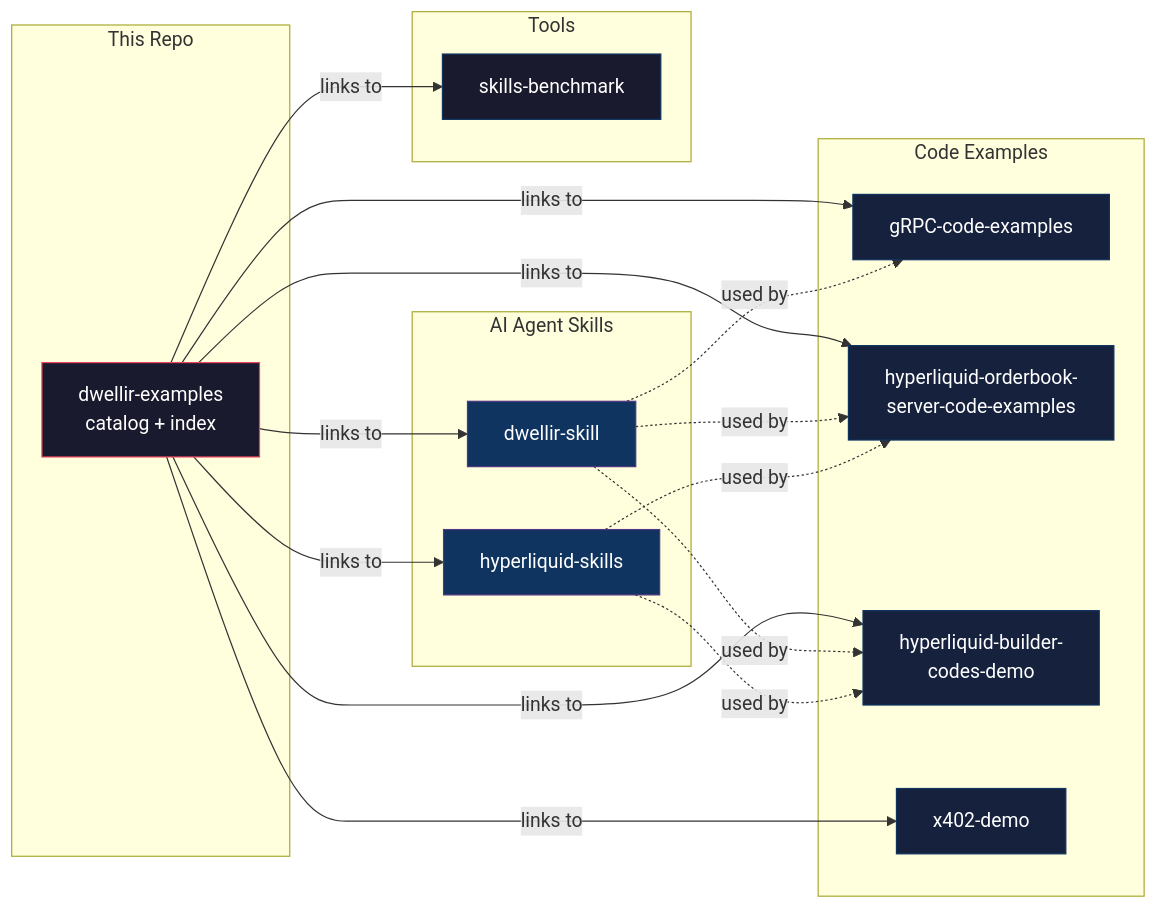
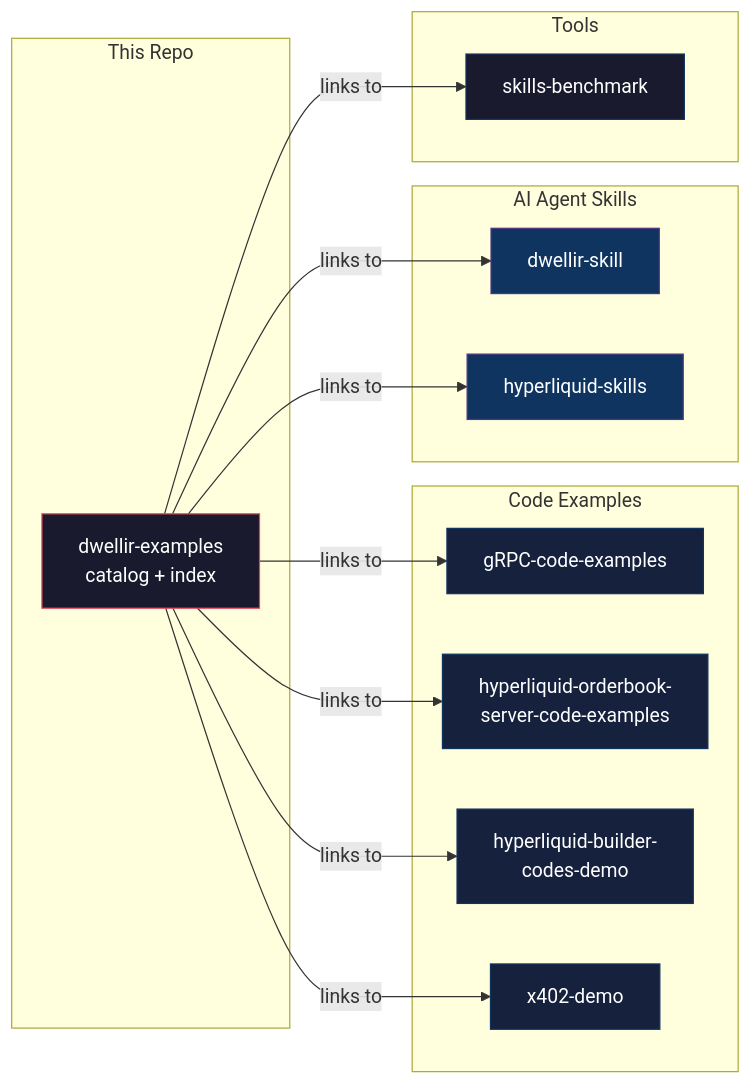
Before and after one commit to dwellir-public/dwellir-examples: the diagram in README.md, drawn with Mermaid.

Commit message:
Remove 'used by' links from Mermaid diagram
Simplify the architecture diagram by removing dotted
dependency lines between skills and examples.

````diff
--- a/README.md
+++ b/README.md
@@ -45,37 +45,35 @@
 ```mermaid
 graph LR
     subgraph This Repo
         CAT[dwellir-examples<br/>catalog + index]
     end
 
     subgraph Code Examples
         E1[gRPC-code-examples]
         E2[hyperliquid-orderbook-<br/>server-code-examples]
         E3[hyperliquid-builder-<br/>codes-demo]
         E4[x402-demo]
     end
 
     subgraph AI Agent Skills
         S1[dwellir-skill]
         S2[hyperliquid-skills]
     end
 
     subgraph Tools
         T1[skills-benchmark]
     end
 
     CAT -->|links to| E1 & E2 & E3 & E4
     CAT -->|links to| S1 & S2
     CAT -->|links to| T1
-    S1 -.->|used by| E1 & E2 & E3
-    S2 -.->|used by| E2 & E3
 
     style CAT fill:#1a1a2e,stroke:#e94560,color:#fff
     style E1 fill:#16213e,stroke:#0f3460,color:#fff
     style E2 fill:#16213e,stroke:#0f3460,color:#fff
     style E3 fill:#16213e,stroke:#0f3460,color:#fff
     style E4 fill:#16213e,stroke:#0f3460,color:#fff
     style S1 fill:#0f3460,stroke:#533483,color:#fff
     style S2 fill:#0f3460,stroke:#533483,color:#fff
     style T1 fill:#1a1a2e,stroke:#0f3460,color:#fff
 ```
````
